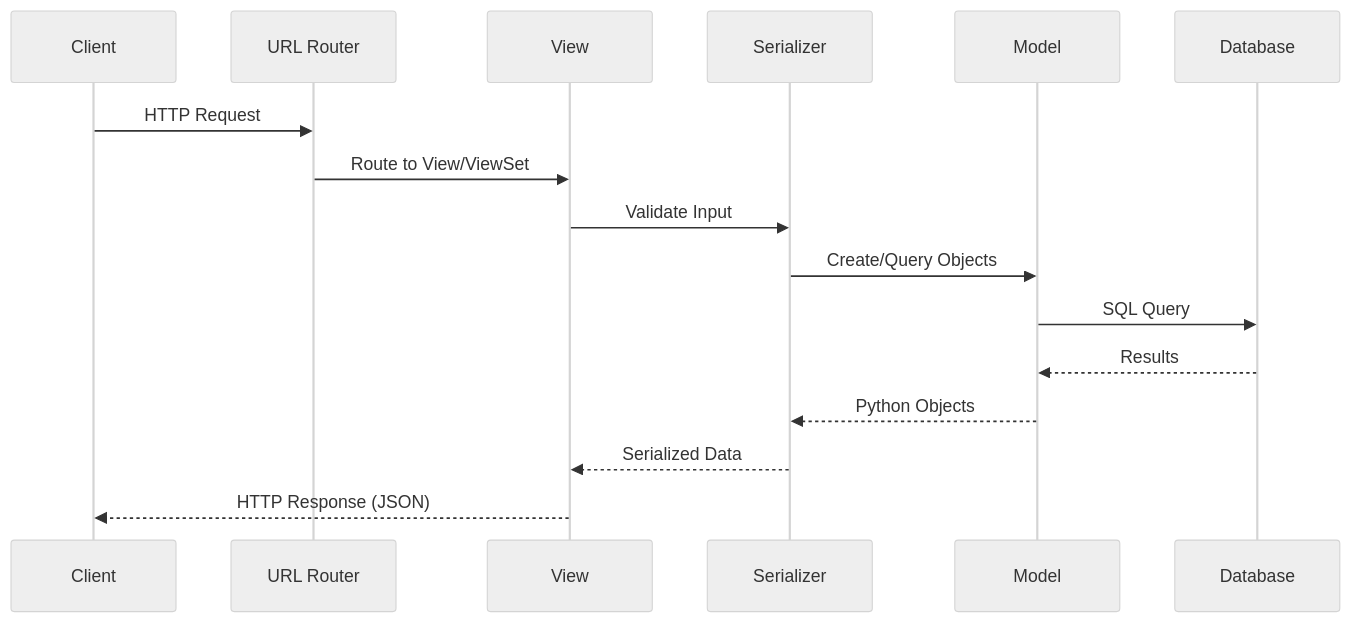
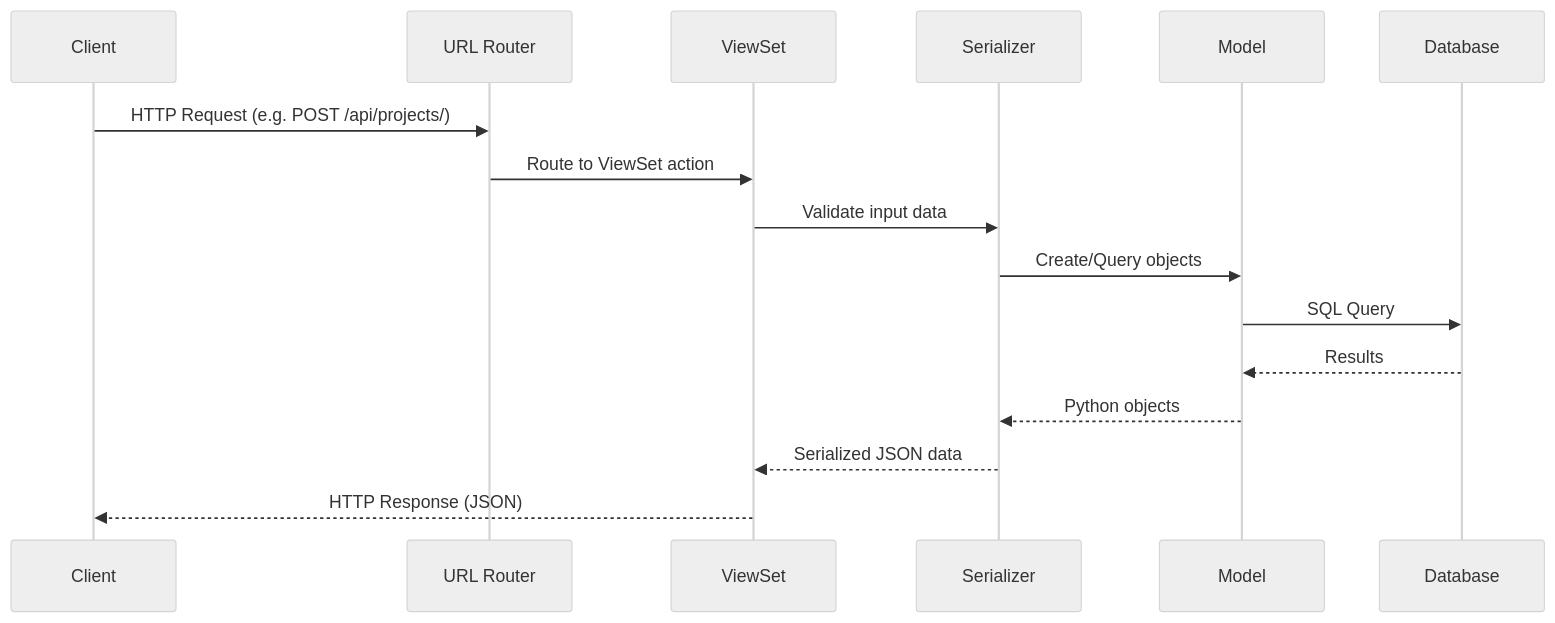
Before and after one commit to codersforcauses/workshops: the second of 5 diagrams in docs/2026-winter/introduction-to-backend-development-with-django.md, drawn with Mermaid (neutral theme). The commit also changed other lines of this file and 2 other files, not shown here.

First line of the commit message:
fix: content accuracy + new diagrams from reviewer feedback

````diff
--- a/docs/2026-winter/introduction-to-backend-development-with-django.md
+++ b/docs/2026-winter/introduction-to-backend-development-with-django.md
@@ -119,19 +134,19 @@
     ```mermaid
     sequenceDiagram
         participant Client
         participant URL Router
-        participant View
+        participant ViewSet
         participant Serializer
         participant Model
         participant Database
         
-        Client->>URL Router: HTTP Request
-        URL Router->>View: Route to View/ViewSet
-        View->>Serializer: Validate Input
-        Serializer->>Model: Create/Query Objects
+        Client->>URL Router: HTTP Request (e.g. POST /api/projects/)
+        URL Router->>ViewSet: Route to ViewSet action
+        ViewSet->>Serializer: Validate input data
+        Serializer->>Model: Create/Query objects
         Model->>Database: SQL Query
         Database-->>Model: Results
-        Model-->>Serializer: Python Objects
-        Serializer-->>View: Serialized Data
-        View-->>Client: HTTP Response (JSON)
+        Model-->>Serializer: Python objects
+        Serializer-->>ViewSet: Serialized JSON data
+        ViewSet-->>Client: HTTP Response (JSON)
     ```
````
